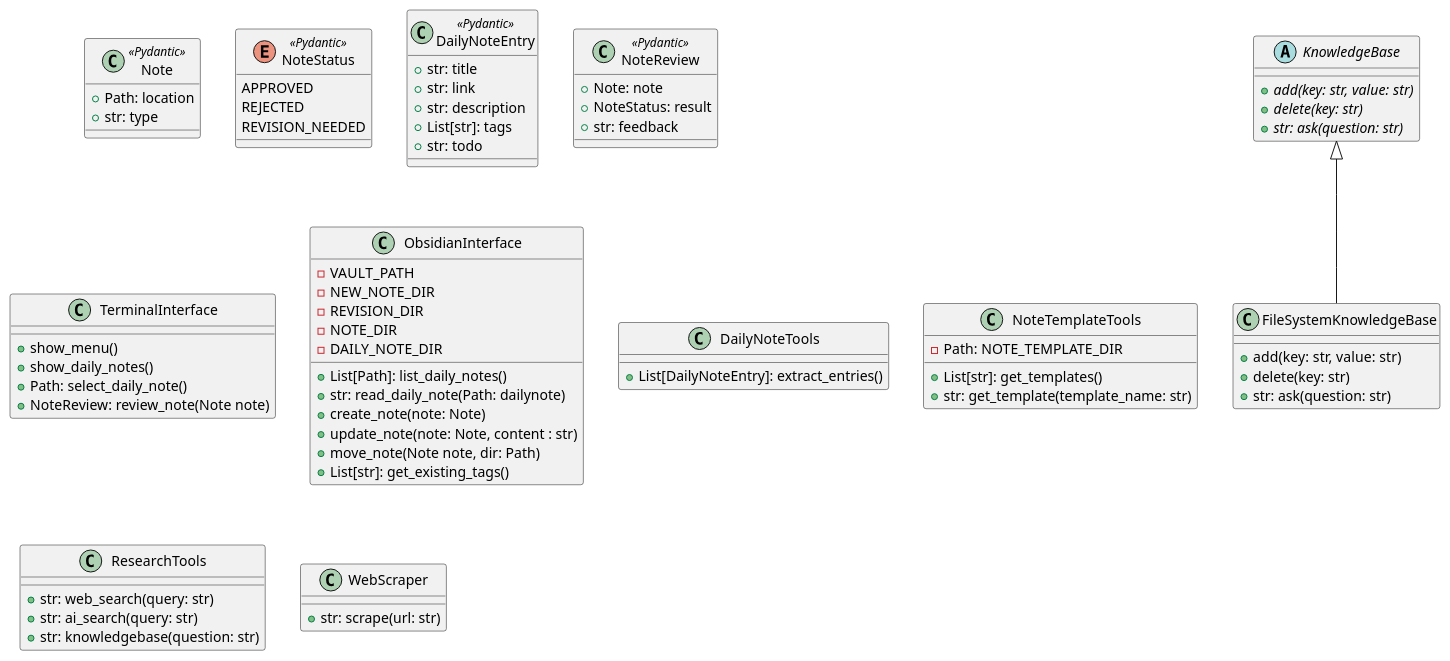
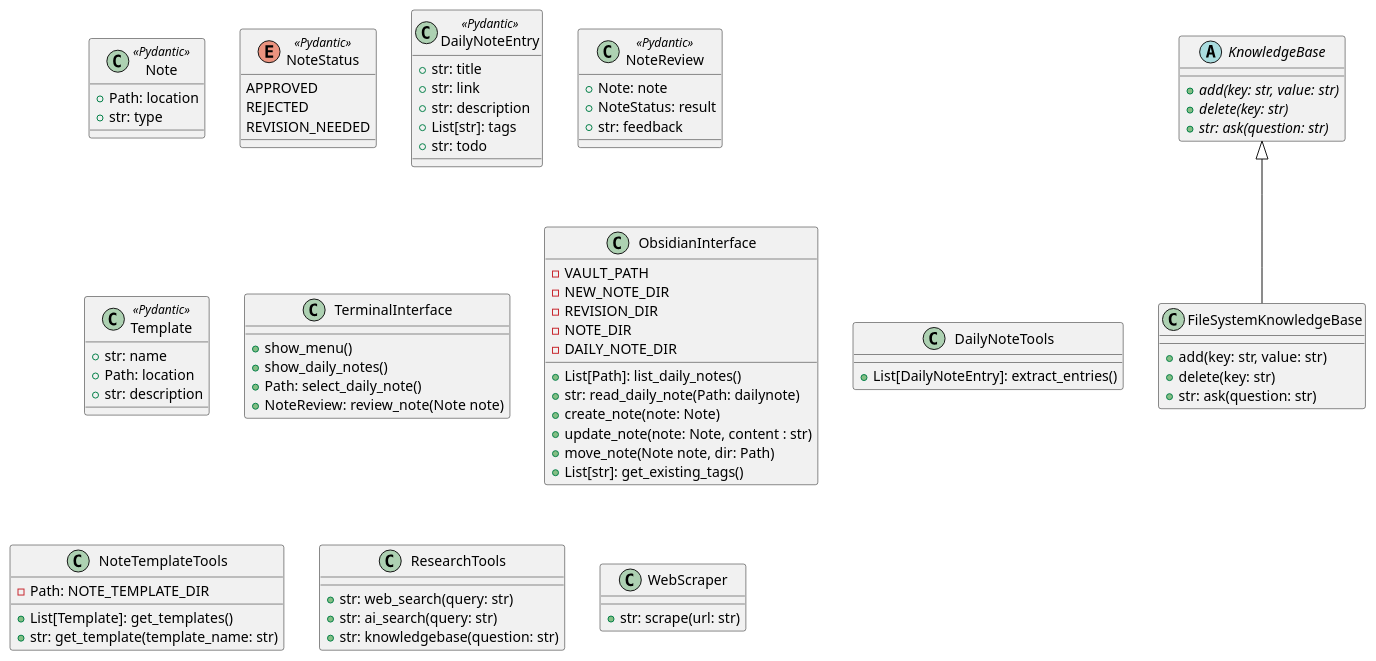
Before and after one commit to olafgeibig/obsidian-boy: the second of 2 diagrams in docs/project.md, drawn with PlantUML. The commit also changed other lines of this file and 16 other files, not shown here.

````diff
--- a/docs/project.md
+++ b/docs/project.md
@@ -52,72 +47,77 @@
 ```plantuml
 @startuml
 
 class Note <<Pydantic>> {
   +Path: location
   +str: type
 }
 enum NoteStatus <<Pydantic>> {
   APPROVED
   REJECTED
   REVISION_NEEDED
 }
 class DailyNoteEntry <<Pydantic>> {
   +str: title
   +str: link
   +str: description
   +List[str]: tags
   +str: todo
 }
 class NoteReview <<Pydantic>> {
   +Note: note
   +NoteStatus: result
   +str: feedback
+}
+class Template <<Pydantic>> {
+  +str: name
+  +Path: location
+  +str: description
 }
 class TerminalInterface {
   +show_menu()
   +show_daily_notes()
   +Path: select_daily_note()
   +NoteReview: review_note(Note note)
 }
 class ObsidianInterface {
   - VAULT_PATH
   - NEW_NOTE_DIR
   - REVISION_DIR
   - NOTE_DIR
   - DAILY_NOTE_DIR
   +List[Path]: list_daily_notes()
   +str: read_daily_note(Path: dailynote)
   +create_note(note: Note)
   +update_note(note: Note, content : str)
   +move_note(Note note, dir: Path)
   +List[str]: get_existing_tags()
 }
 class DailyNoteTools {
   +List[DailyNoteEntry]: extract_entries()
 }
 class NoteTemplateTools {
   - Path: NOTE_TEMPLATE_DIR
-  +List[str]: get_templates()
+  +List[Template]: get_templates()
   +str: get_template(template_name: str)
 }
 class ResearchTools {
   +str: web_search(query: str)
   +str: ai_search(query: str)
   +str: knowledgebase(question: str)
 }
 class WebScraper {
   +str: scrape(url: str)
 }
 abstract class KnowledgeBase {
   {abstract} +add(key: str, value: str)
   {abstract} +delete(key: str)
   {abstract} +str: ask(question: str)
 }
 class FileSystemKnowledgeBase {
   +add(key: str, value: str)
   +delete(key: str)
   +str: ask(question: str)
 }
 KnowledgeBase <|-- FileSystemKnowledgeBase
 @enduml
 ```
````
